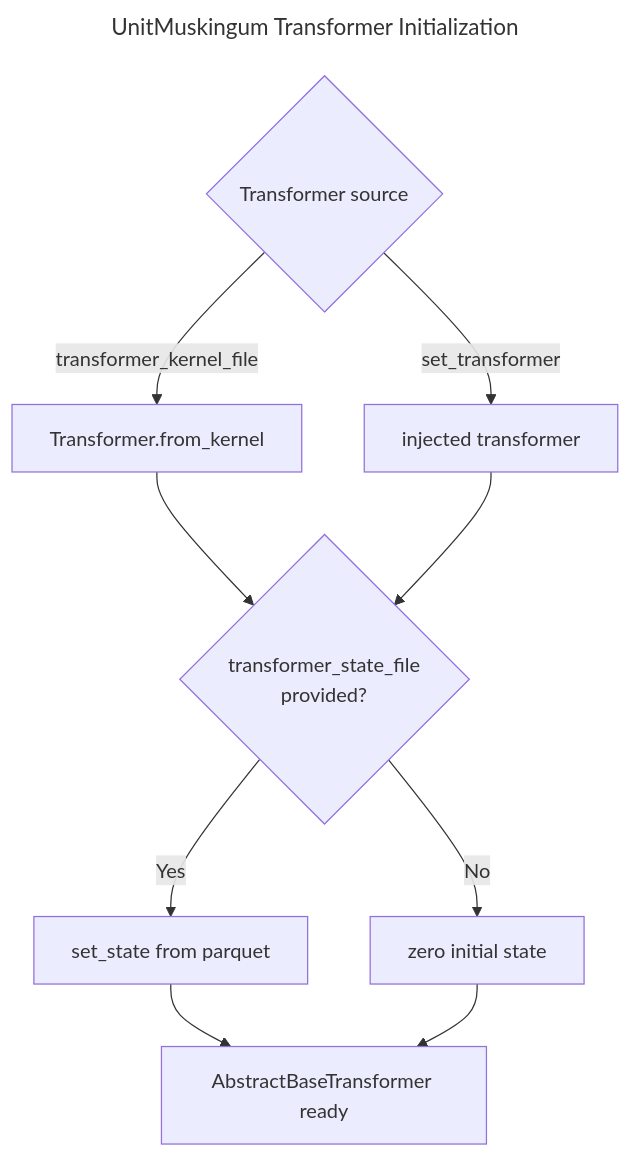
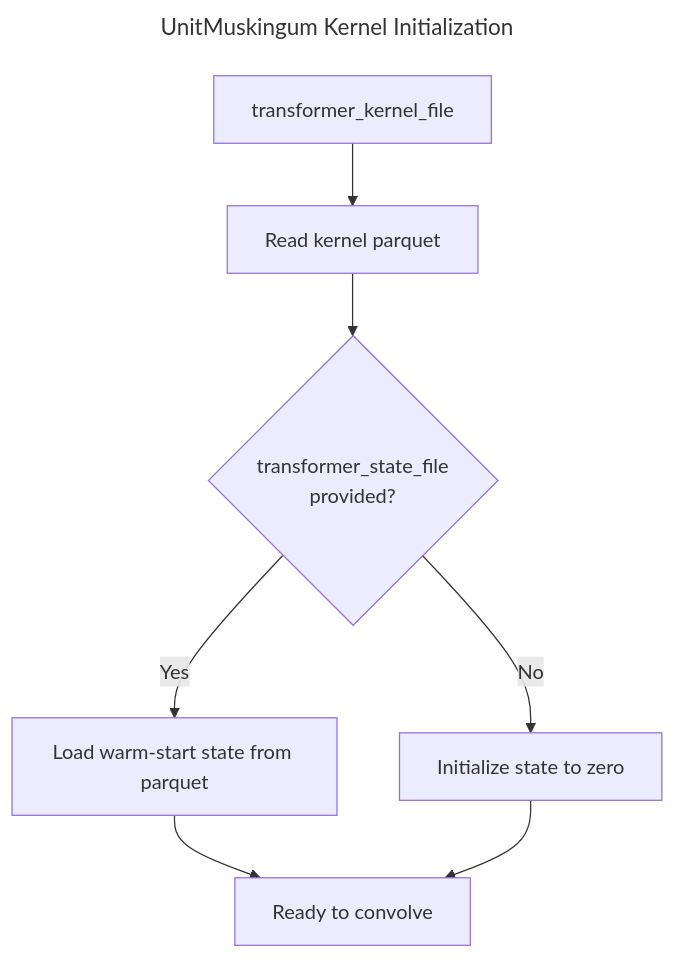
One commit to rileyhales/river-route changed the second of 2 diagrams in docs/index.md. Above: the diagram before and after it, drawn with Mermaid. The commit also changed other lines of this file and 23 other files, not shown here.

````diff
--- a/docs/index.md
+++ b/docs/index.md
@@ -91,13 +102,11 @@
 ```mermaid
 ---
-title: UnitMuskingum Transformer Initialization
+title: UnitMuskingum Kernel Initialization
 ---
 graph TD
-    A{Transformer source} -->|transformer_kernel_file| B[Transformer.from_kernel]
-    A -->|set_transformer| E[injected transformer]
-    B --> F{transformer_state_file\nprovided?}
-    E --> F
-    F -->|Yes| G[set_state from parquet]
-    F -->|No| H[zero initial state]
-    G & H --> I[AbstractBaseTransformer ready]
+    A[transformer_kernel_file] --> B[Read kernel parquet]
+    B --> C{transformer_state_file\nprovided?}
+    C -->|Yes| D[Load warm-start state from parquet]
+    C -->|No| E[Initialize state to zero]
+    D & E --> F[Ready to convolve]
 ```
````
